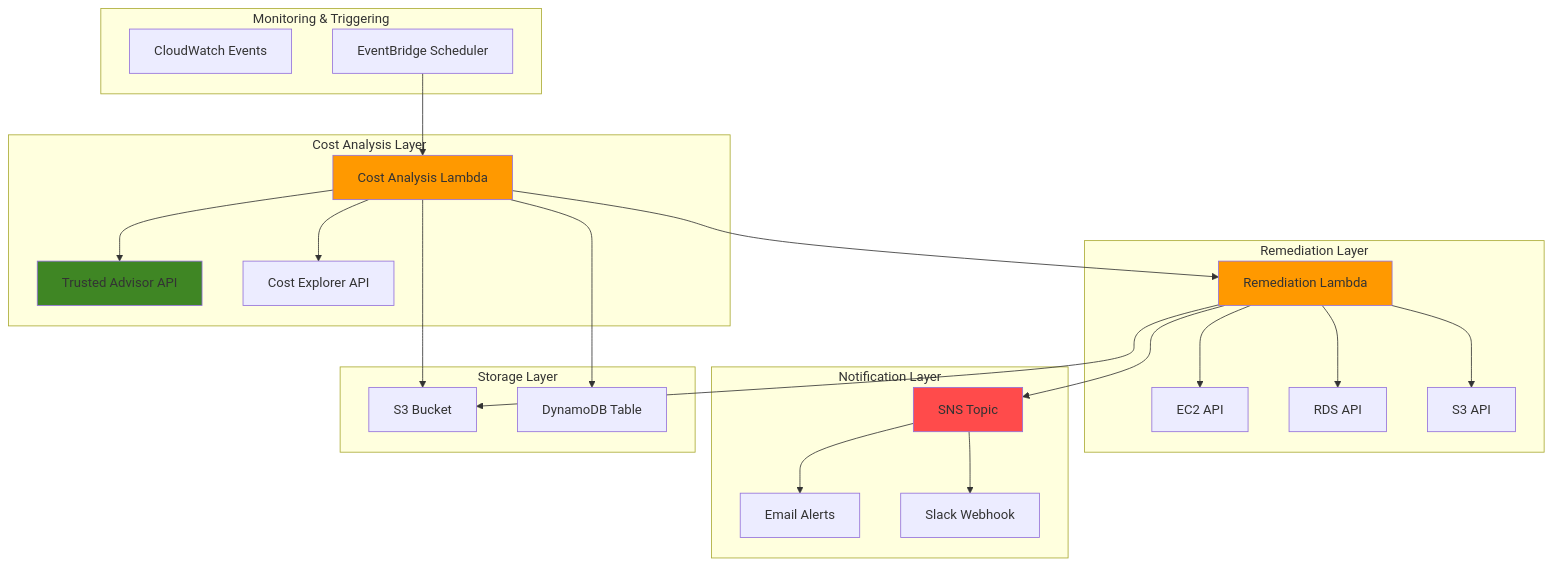
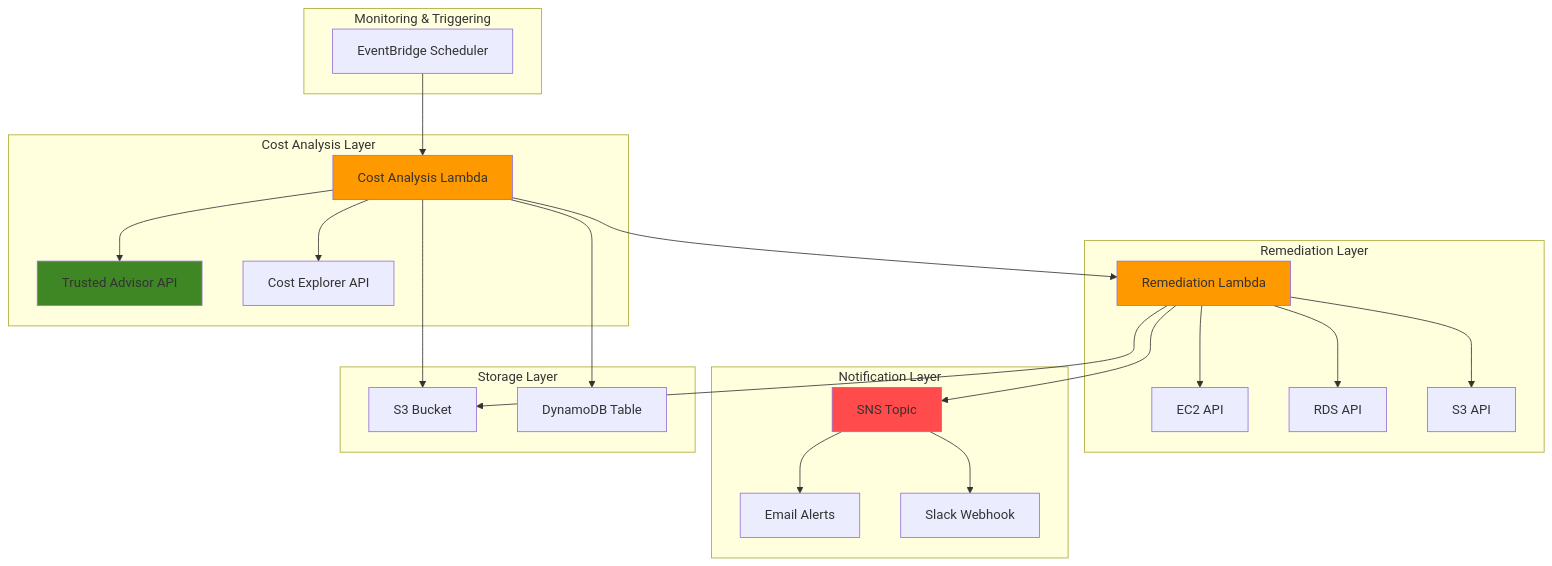
Before and after one commit to mzazon/awesome-cloud-projects: the diagram in aws/cost-optimization-automation-lambda/cost-optimization-automation-lambda.md, drawn with Mermaid. The commit also changed other lines of this file and 5581 other files, not shown here.

````diff
--- a/aws/cost-optimization-automation-lambda/cost-optimization-automation-lambda.md
+++ b/aws/cost-optimization-automation-lambda/cost-optimization-automation-lambda.md
@@ -31,50 +30,49 @@
 ```mermaid
 graph TB
     subgraph "Monitoring & Triggering"
-        CW[CloudWatch Events]
         SCHEDULER[EventBridge Scheduler]
     end
     
     subgraph "Cost Analysis Layer"
         LAMBDA1[Cost Analysis Lambda]
         TA_API[Trusted Advisor API]
         CE_API[Cost Explorer API]
     end
     
     subgraph "Remediation Layer"
         LAMBDA2[Remediation Lambda]
         EC2_API[EC2 API]
         RDS_API[RDS API]
         S3_API[S3 API]
     end
     
     subgraph "Notification Layer"
         SNS[SNS Topic]
         EMAIL[Email Alerts]
         SLACK[Slack Webhook]
     end
     
     subgraph "Storage Layer"
         S3[S3 Bucket]
         DDB[DynamoDB Table]
     end
     
     SCHEDULER-->LAMBDA1
     LAMBDA1-->TA_API
     LAMBDA1-->CE_API
     LAMBDA1-->DDB
     LAMBDA1-->LAMBDA2
     LAMBDA2-->EC2_API
     LAMBDA2-->RDS_API
     LAMBDA2-->S3_API
     LAMBDA2-->SNS
     SNS-->EMAIL
     SNS-->SLACK
     LAMBDA1-->S3
     LAMBDA2-->S3
     
     style LAMBDA1 fill:#FF9900
     style LAMBDA2 fill:#FF9900
     style TA_API fill:#3F8624
     style SNS fill:#FF4B4B
 ```
````
